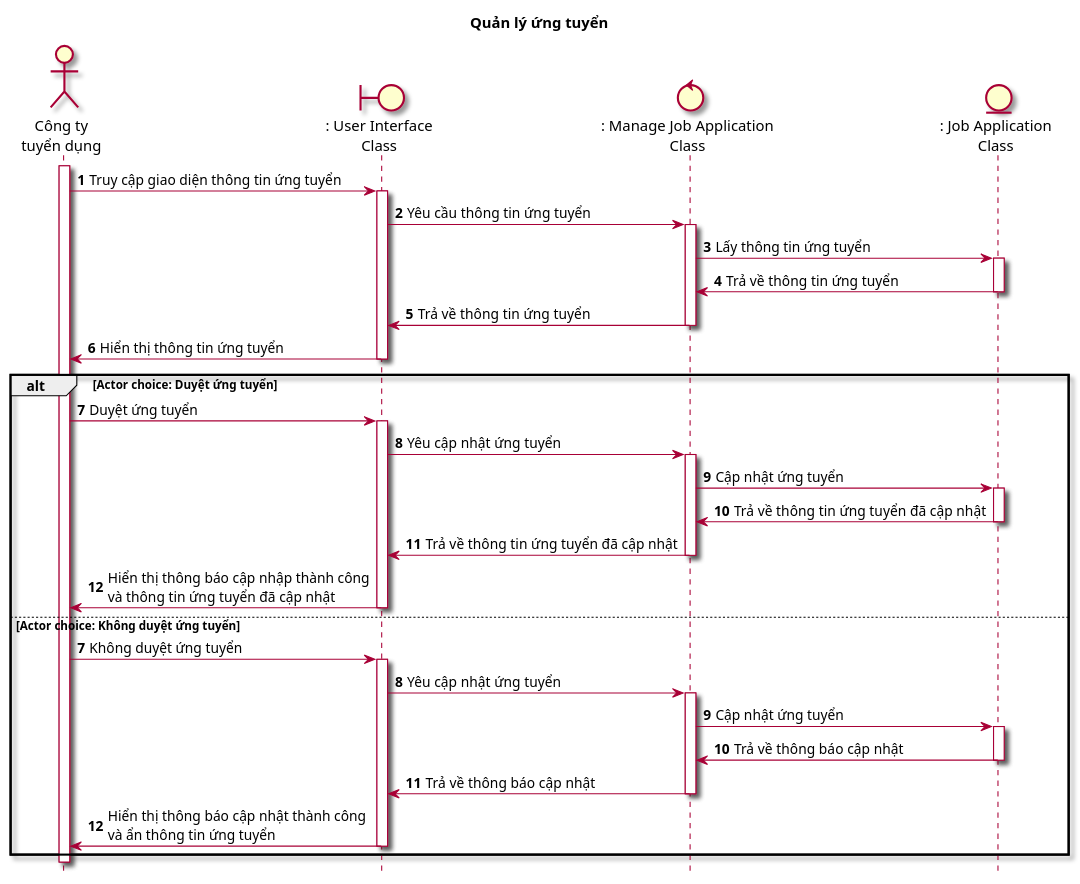
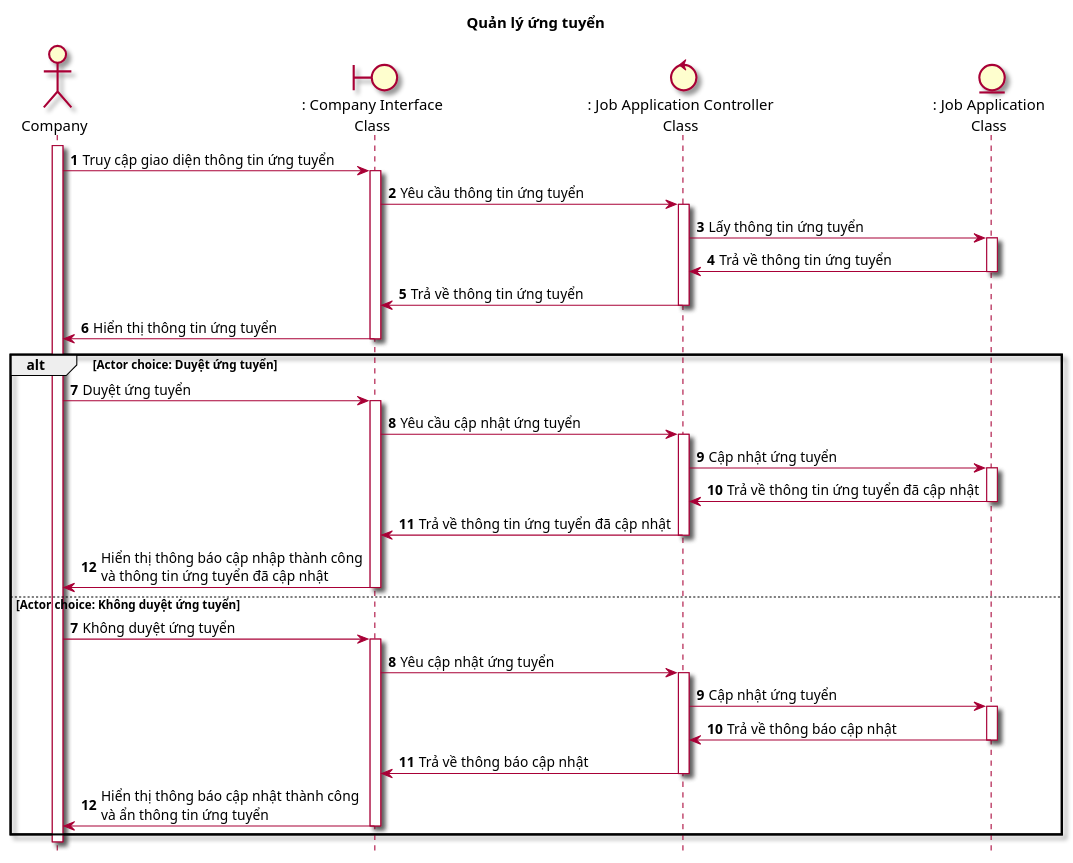
One commit to Griselda4774/EAS-EmploymentAssistanceSystem changed the diagram in Lab1/Lab 1.2 Diagram/Sequence/FilePUML/10. SeqQuanLyUngTuyen.puml. Above: the diagram before and after it, drawn with PlantUML. The commit also changed 14 other files, not shown here.

```diff
--- a/Lab1/Lab 1.2 Diagram/Sequence/FilePUML/10. SeqQuanLyUngTuyen.puml
+++ b/Lab1/Lab 1.2 Diagram/Sequence/FilePUML/10. SeqQuanLyUngTuyen.puml
@@ -1,38 +1,38 @@
 @startuml SeqQuanLyUngTuyen
 
 skin rose
 hide footbox
 title Quản lý ứng tuyển
 
-actor "Công ty\ntuyển dụng" as congTyTuyenDung
-boundary ": User Interface\nClass" as userInterface
-control ": Manage Job Application\nClass" as manageJobApplication
+actor Company as company
+boundary ": Company Interface\nClass" as userInterface
+control ": Job Application Controller\nClass" as jobApplicationController
 entity ": Job Application\nClass" as jobApplication
 
 autonumber
-congTyTuyenDung++
-congTyTuyenDung -> userInterface++: Truy cập giao diện thông tin ứng tuyển
-userInterface -> manageJobApplication++: Yêu cầu thông tin ứng tuyển
-manageJobApplication -> jobApplication++: Lấy thông tin ứng tuyển
-jobApplication -> manageJobApplication--: Trả về thông tin ứng tuyển
-manageJobApplication -> userInterface--: Trả về thông tin ứng tuyển
-userInterface -> congTyTuyenDung--: Hiển thị thông tin ứng tuyển
+company++
+company -> userInterface++: Truy cập giao diện thông tin ứng tuyển
+userInterface -> jobApplicationController++: Yêu cầu thông tin ứng tuyển
+jobApplicationController -> jobApplication++: Lấy thông tin ứng tuyển
+jobApplication -> jobApplicationController--: Trả về thông tin ứng tuyển
+jobApplicationController -> userInterface--: Trả về thông tin ứng tuyển
+userInterface -> company--: Hiển thị thông tin ứng tuyển
 alt Actor choice: Duyệt ứng tuyển
-    congTyTuyenDung -> userInterface++: Duyệt ứng tuyển
-    userInterface -> manageJobApplication++: Yêu cập nhật ứng tuyển
-    manageJobApplication -> jobApplication++: Cập nhật ứng tuyển
-    jobApplication -> manageJobApplication--: Trả về thông tin ứng tuyển đã cập nhật
-    manageJobApplication -> userInterface--: Trả về thông tin ứng tuyển đã cập nhật
-    userInterface -> congTyTuyenDung--: Hiển thị thông báo cập nhập thành công\nvà thông tin ứng tuyển đã cập nhật
+    company -> userInterface++: Duyệt ứng tuyển
+    userInterface -> jobApplicationController++: Yêu cầu cập nhật ứng tuyển
+    jobApplicationController -> jobApplication++: Cập nhật ứng tuyển
+    jobApplication -> jobApplicationController--: Trả về thông tin ứng tuyển đã cập nhật
+    jobApplicationController -> userInterface--: Trả về thông tin ứng tuyển đã cập nhật
+    userInterface -> company--: Hiển thị thông báo cập nhập thành công\nvà thông tin ứng tuyển đã cập nhật
 else Actor choice: Không duyệt ứng tuyển
     autonumber 7
-    congTyTuyenDung -> userInterface++: Không duyệt ứng tuyển
-    userInterface -> manageJobApplication++: Yêu cập nhật ứng tuyển
-    manageJobApplication -> jobApplication++: Cập nhật ứng tuyển
-    jobApplication -> manageJobApplication--: Trả về thông báo cập nhật
-    manageJobApplication -> userInterface--: Trả về thông báo cập nhật
-    userInterface -> congTyTuyenDung--: Hiển thị thông báo cập nhật thành công\nvà ẩn thông tin ứng tuyển
+    company -> userInterface++: Không duyệt ứng tuyển
+    userInterface -> jobApplicationController++: Yêu cập nhật ứng tuyển
+    jobApplicationController -> jobApplication++: Cập nhật ứng tuyển
+    jobApplication -> jobApplicationController--: Trả về thông báo cập nhật
+    jobApplicationController -> userInterface--: Trả về thông báo cập nhật
+    userInterface -> company--: Hiển thị thông báo cập nhật thành công\nvà ẩn thông tin ứng tuyển
 end
-congTyTuyenDung--
+company--
 
 @enduml
```
